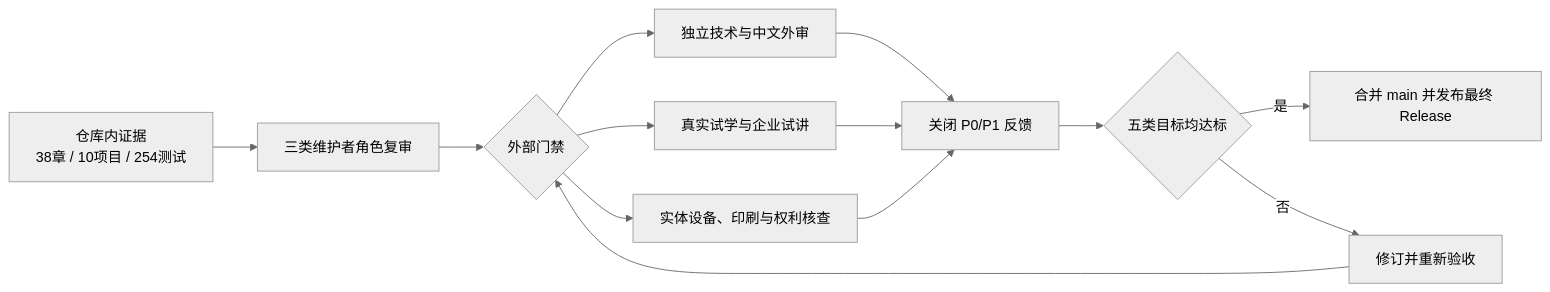
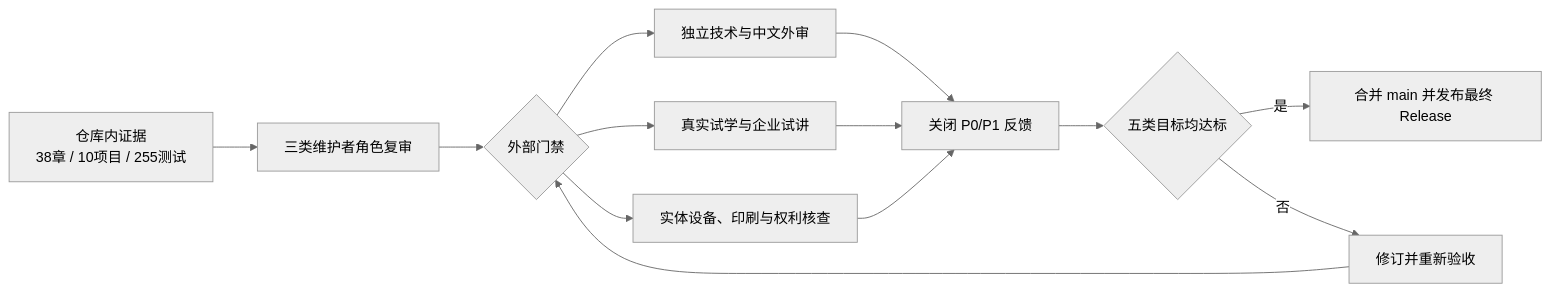
Before and after one commit to wujinjun/ai-agent-book: the diagram in docs/final-acceptance.md, drawn with Mermaid (neutral theme). The commit also changed 33 other files, not shown here.

````diff
--- a/docs/final-acceptance.md
+++ b/docs/final-acceptance.md
@@ -5,18 +5,18 @@
 ```mermaid
 %% id: p9-final-acceptance-gates
 %% title: P9 最终验收门禁
 %% alt: 仓库内技术出版培训证据完成后，还必须经过独立外审、真实试学试讲、实体设备印刷和最终发布，才能关闭 P9
 flowchart LR
-    Repo["仓库内证据<br/>38章 / 10项目 / 254测试"] --> Internal["三类维护者角色复审"]
+    Repo["仓库内证据<br/>38章 / 10项目 / 255测试"] --> Internal["三类维护者角色复审"]
     Internal --> External{外部门禁}
     External --> Review[独立技术与中文外审]
     External --> Trial[真实试学与企业试讲]
     External --> Device[实体设备、印刷与权利核查]
     Review --> Feedback[关闭 P0/P1 反馈]
     Trial --> Feedback
     Device --> Feedback
     Feedback --> Score{五类目标均达标}
     Score -->|是| Release[合并 main 并发布最终 Release]
     Score -->|否| Improve[修订并重新验收]
     Improve --> External
 ```
````
